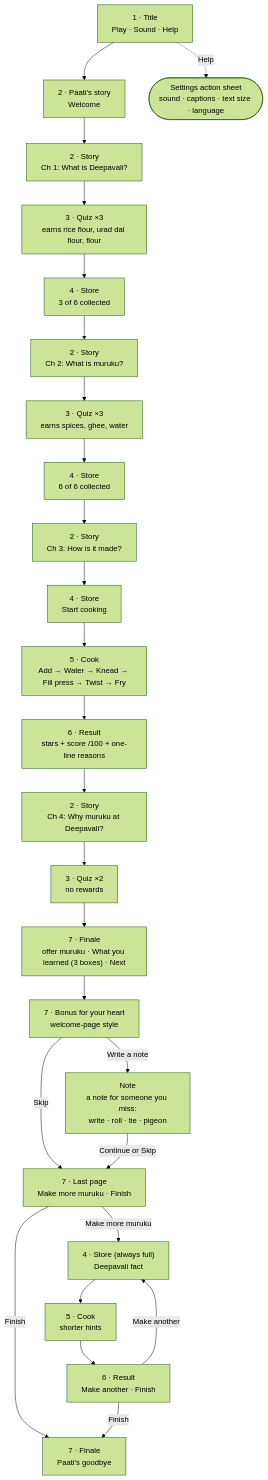
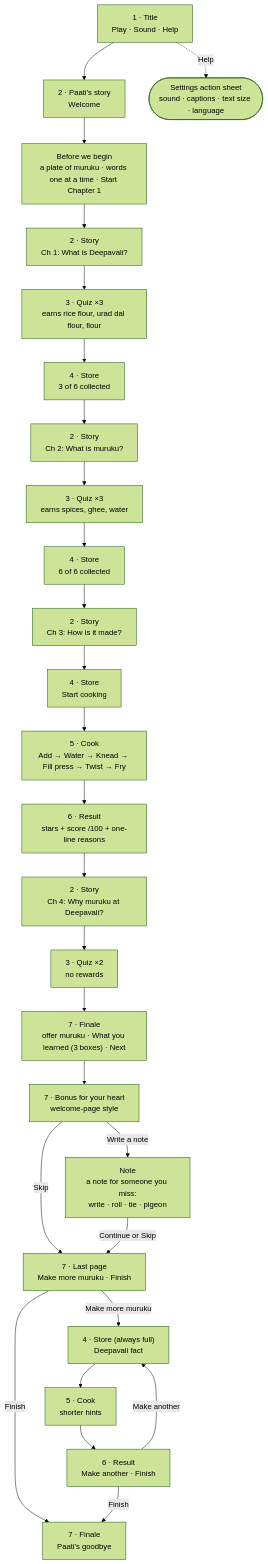
Before and after one commit to krishanala/paatis-recipe-kitchen: the diagram in docs/user-flow.md, drawn with Mermaid (forest theme). The commit also changed other lines of this file and 13 other files, not shown here.

First line of the commit message:
Before we begin: a plate of muruku and words that arrive one at a time

````diff
--- a/docs/user-flow.md
+++ b/docs/user-flow.md
@@ -5,33 +5,34 @@
 ```mermaid
 flowchart TD
     T["1 · Title<br/>Play · Sound · Help"] --> W["2 · Paati's story<br/>Welcome"]
     T -. Help .-> S(["Settings action sheet<br/>sound · captions · text size · language"])
 
-    W --> C1["2 · Story<br/>Ch 1: What is Deepavali?"]
+    W --> I["Before we begin<br/>a plate of muruku · words one at a time · Start Chapter 1"]
+    I --> C1["2 · Story<br/>Ch 1: What is Deepavali?"]
     C1 --> Q1["3 · Quiz ×3<br/>earns rice flour, urad dal flour, flour"]
     Q1 --> ST1["4 · Store<br/>3 of 6 collected"]
 
     ST1 --> C2["2 · Story<br/>Ch 2: What is muruku?"]
     C2 --> Q2["3 · Quiz ×3<br/>earns spices, ghee, water"]
     Q2 --> ST2["4 · Store<br/>6 of 6 collected"]
 
     ST2 --> C3["2 · Story<br/>Ch 3: How is it made?"]
     C3 --> ST3["4 · Store<br/>Start cooking"]
     ST3 --> K["5 · Cook<br/>Add → Water → Knead → Fill press → Twist → Fry"]
     K --> R["6 · Result<br/>stars + score /100 + one-line reasons"]
 
     R --> C4["2 · Story<br/>Ch 4: Why muruku at Deepavali?"]
     C4 --> Q4["3 · Quiz ×2<br/>no rewards"]
     Q4 --> F["7 · Finale<br/>offer muruku · What you learned (3 boxes) · Next"]
     F --> B["7 · Bonus for your heart<br/>welcome-page style"]
     B -- Write a note --> N["Note<br/>a note for someone you miss:<br/>write · roll · tie · pigeon"]
     B -- Skip --> C["7 · Last page<br/>Make more muruku · Finish"]
     N -- Continue or Skip --> C
     C -- Finish --> G["7 · Finale<br/>Paati's goodbye"]
 
     C -- Make more muruku --> FK["4 · Store (always full)<br/>Deepavali fact"]
     FK --> K2["5 · Cook<br/>shorter hints"]
     K2 --> R2["6 · Result<br/>Make another · Finish"]
     R2 -- Make another --> FK
     R2 -- Finish --> G
 ```
````
